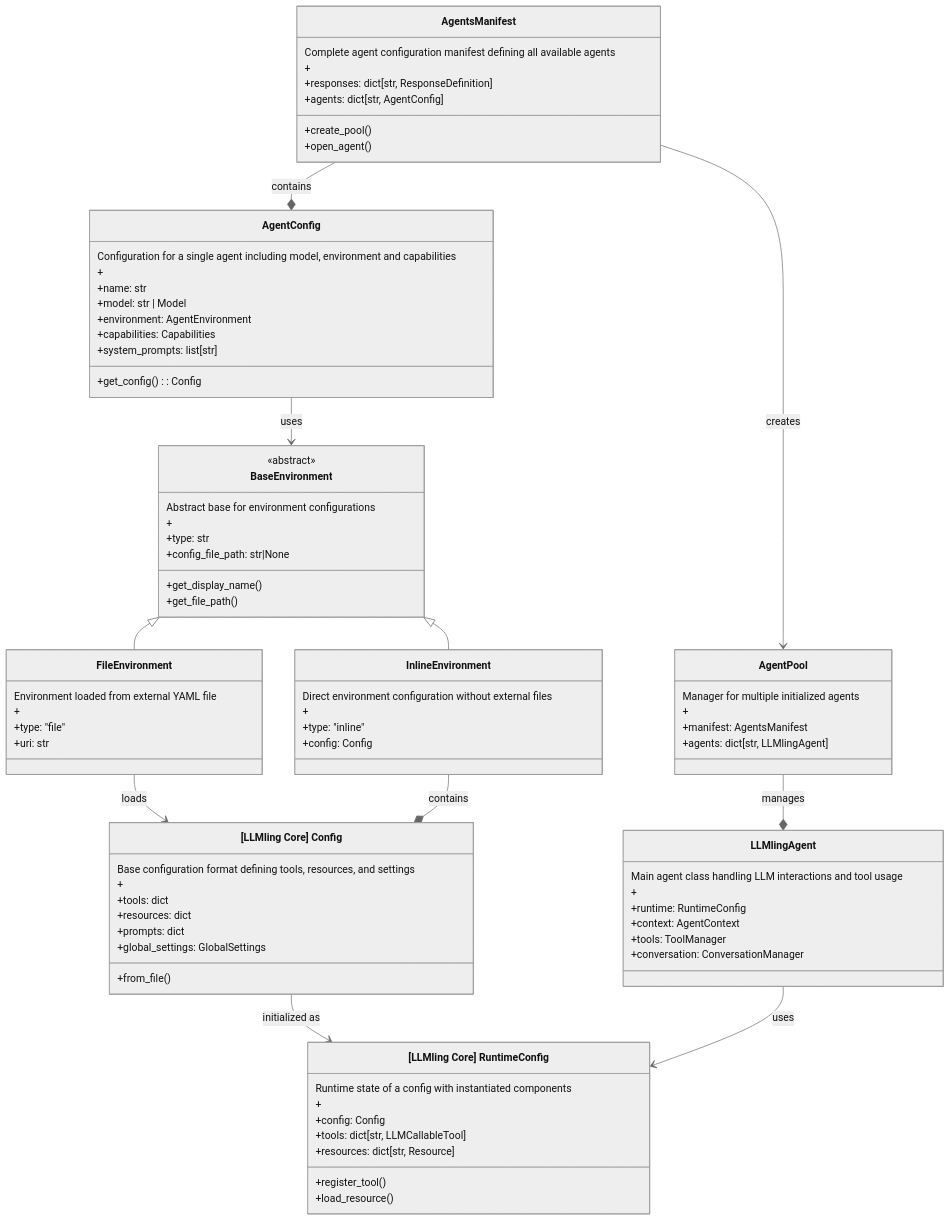
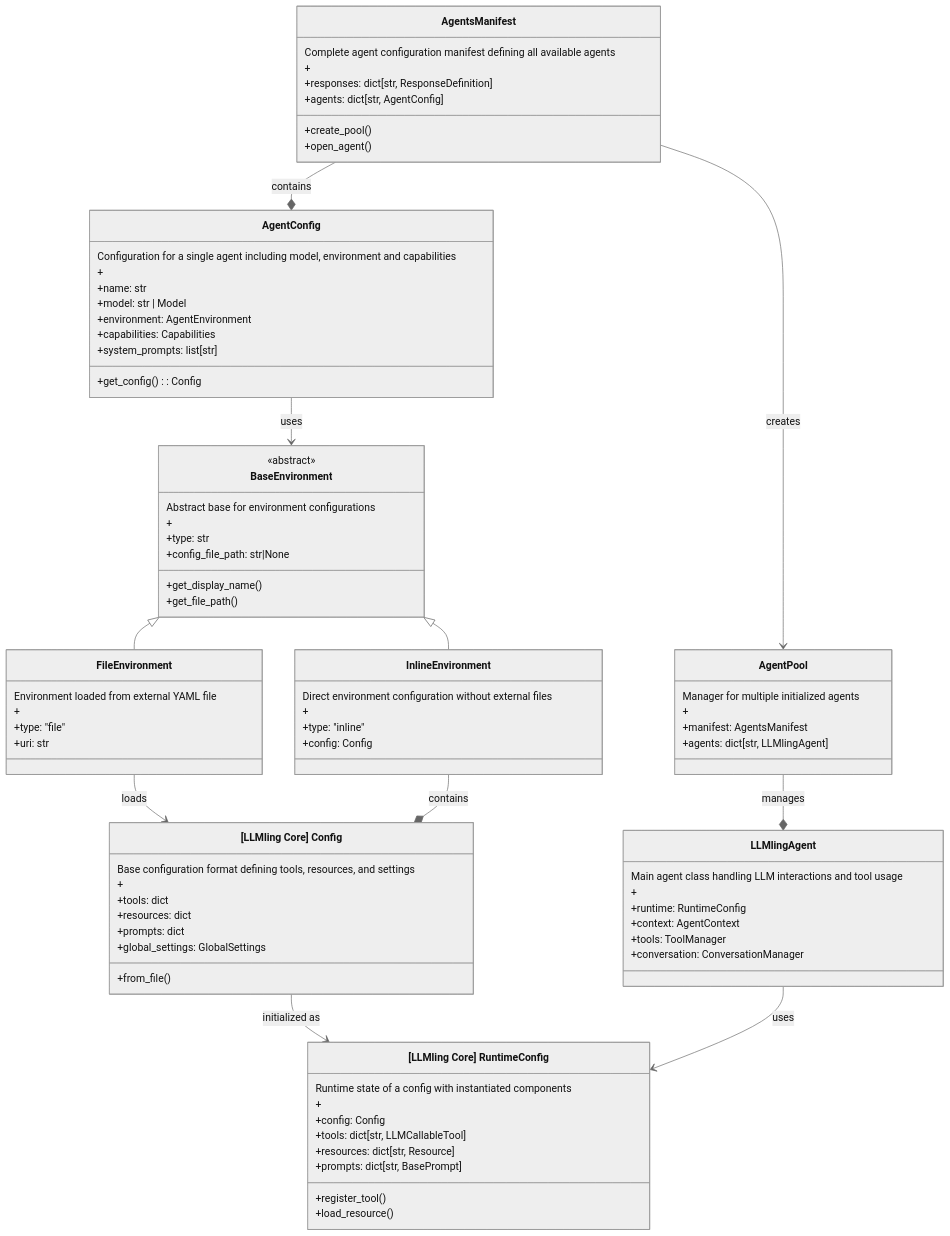
Before and after one commit to uk0/llmling-agent: the diagram in README.md, drawn with Mermaid (neutral theme).

```diff
--- a/README.md
+++ b/README.md
@@ -348,6 +348,7 @@
         +config: Config
         +tools: dict[str, LLMCallableTool]
         +resources: dict[str, Resource]
+        +prompts: dict[str, BasePrompt]
         +register_tool()
         +load_resource()
     }
```
